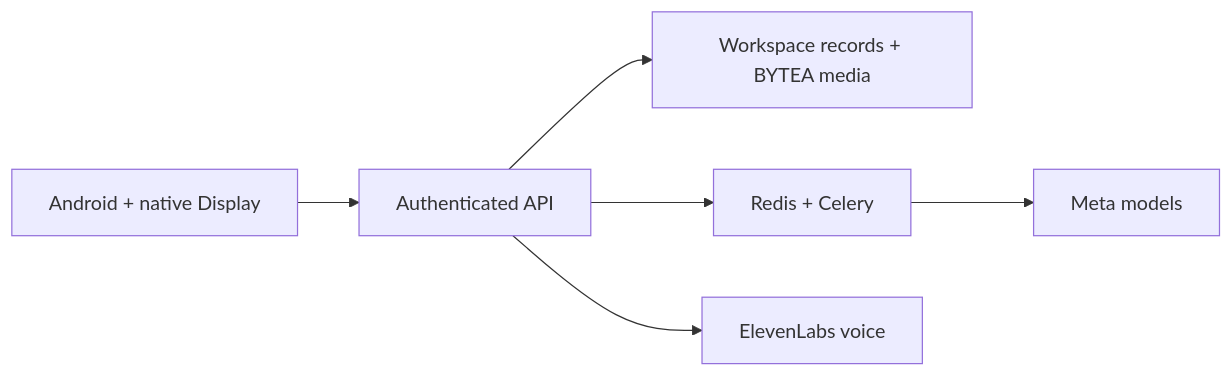
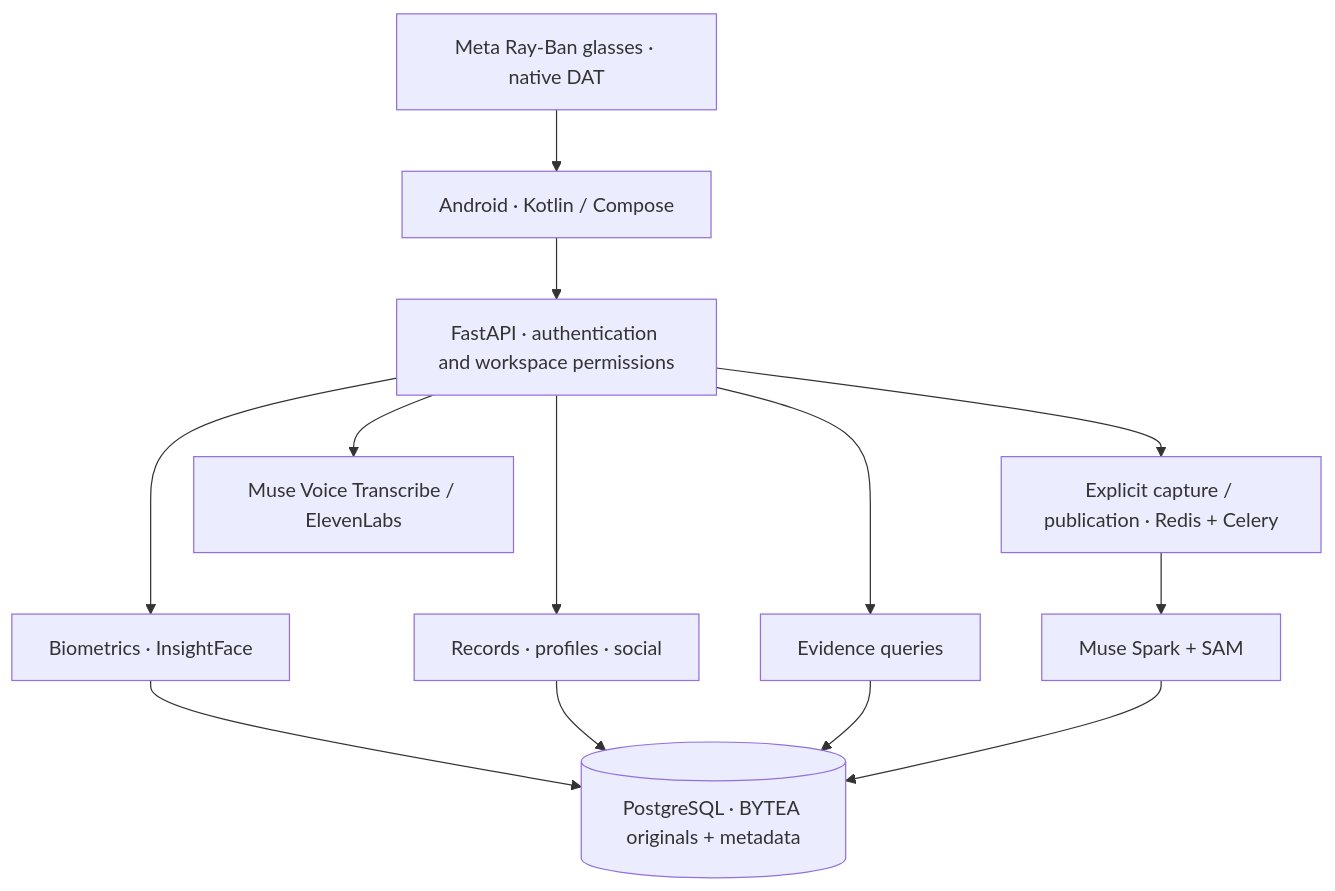
Before and after one commit to Luxisoft/realityos-spatial-memory: the diagram in README.md, drawn with Mermaid. The commit also changed other lines of this file and 18 other files, not shown here.

````diff
--- a/README.md
+++ b/README.md
@@ -109,8 +64,15 @@
 ```mermaid
-flowchart LR
-    A[Android + native Display] --> B[Authenticated API]
-    B --> C[Workspace records + BYTEA media]
-    B --> D[Redis + Celery]
-    D --> E[Meta models]
-    B --> F[ElevenLabs voice]
+flowchart TB
+    A[Android · Kotlin / Compose] --> API[FastAPI · authentication and workspace permissions]
+    G[Meta Ray-Ban glasses · native DAT] --> A
+    API --> F[Biometrics · InsightFace]
+    API --> R[Records · profiles · social]
+    API --> Q[Evidence queries]
+    F --> DB[(PostgreSQL · BYTEA originals + metadata)]
+    R --> DB
+    Q --> DB
+    API --> W[Explicit capture / publication · Redis + Celery]
+    W --> M[Muse Spark + SAM]
+    M --> DB
+    API --> V[Muse Voice Transcribe / ElevenLabs]
 ```
````
